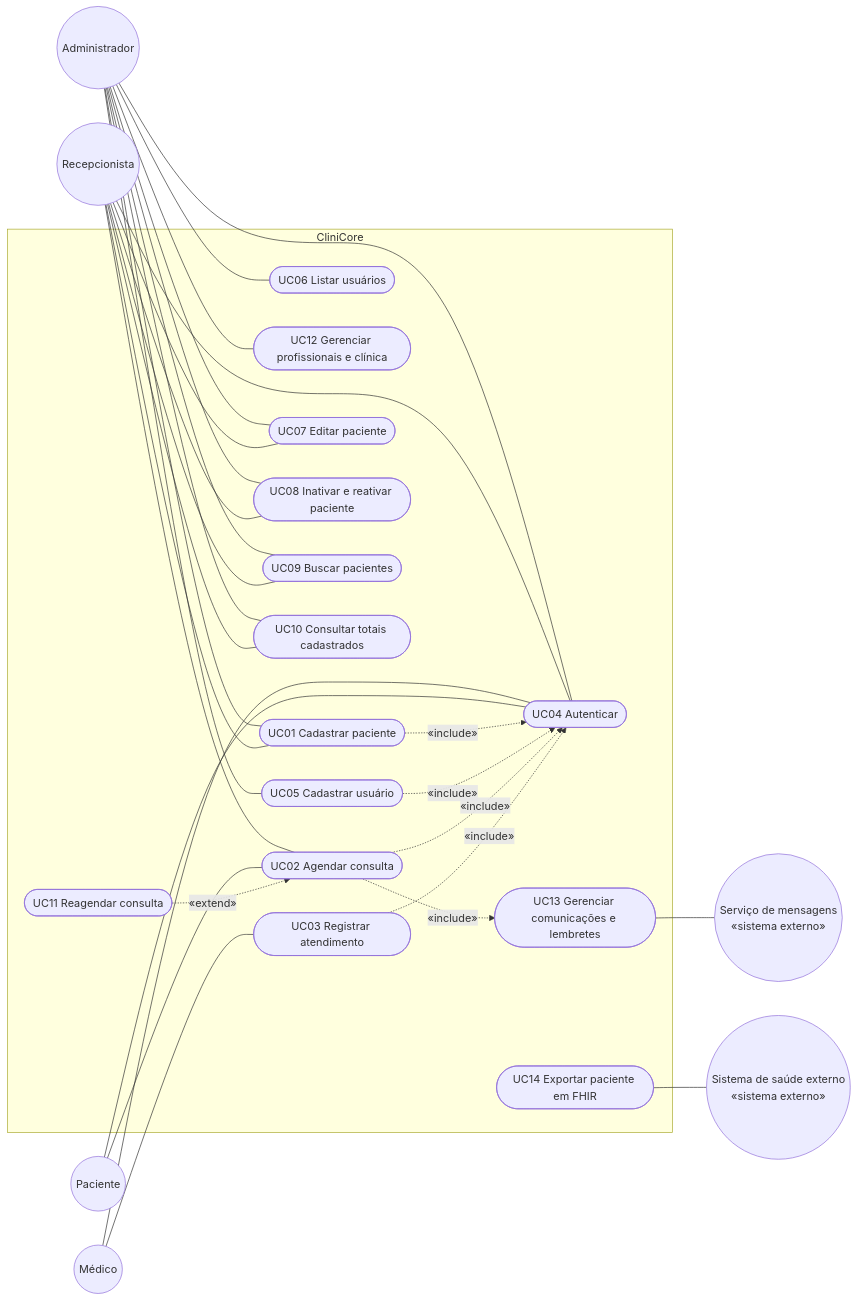
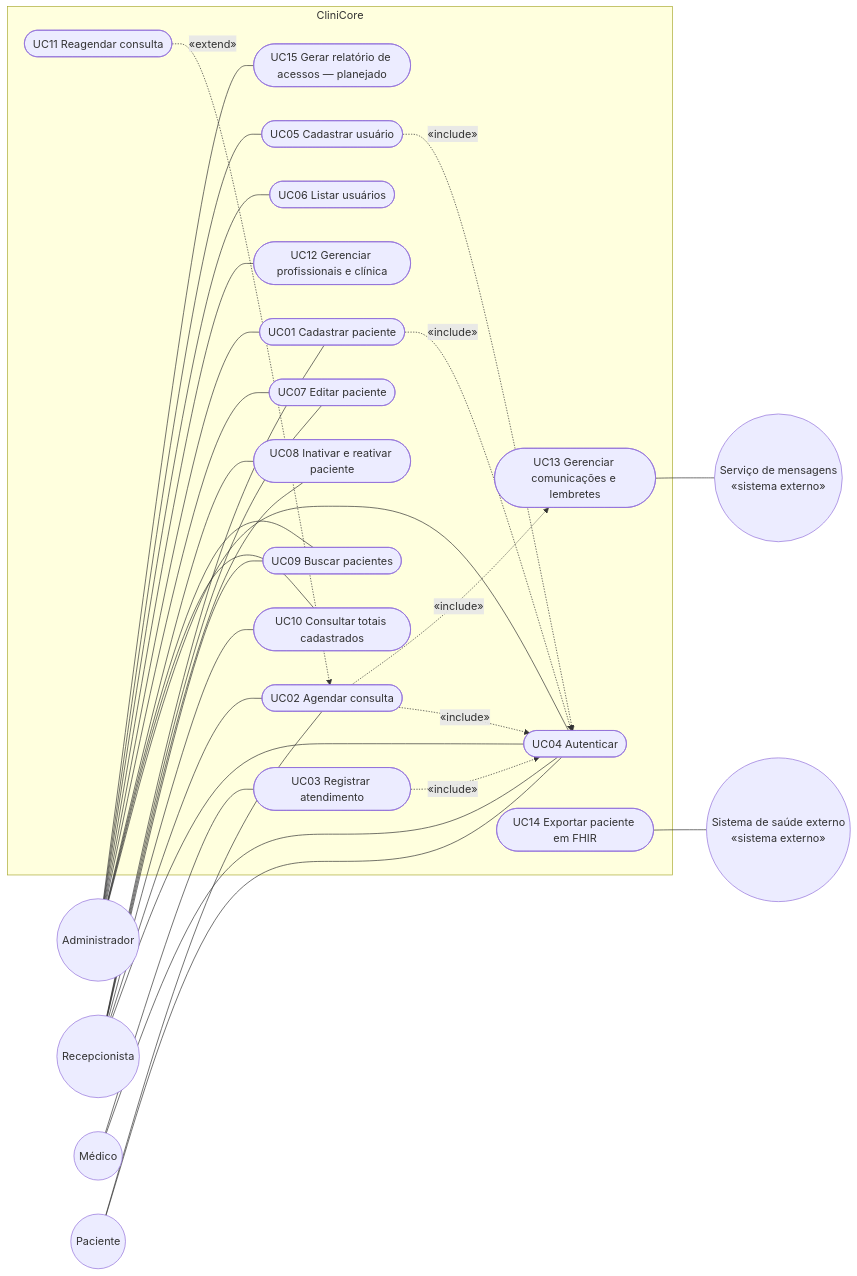
The diagram in docs/04-casos-de-uso/README.md (beatrizmontenegro07/projeto-metodos), drawn with Mermaid before and after one commit. The commit also changed other lines of this file and 7 other files, not shown here.

Commit message:
docs(auth): document persistent access tracking and update diagrams

````diff
--- a/docs/04-casos-de-uso/README.md
+++ b/docs/04-casos-de-uso/README.md
@@ -10,55 +10,57 @@
 ```mermaid
 flowchart LR
     Administrador(("Administrador"))
     Recepcionista(("Recepcionista"))
     Medico(("Médico"))
     Paciente(("Paciente"))
     Mensagens(("Serviço de mensagens<br/>«sistema externo»"))
     SistemaExterno(("Sistema de saúde externo<br/>«sistema externo»"))
 
     subgraph CliniCore
         UC04(["UC04 Autenticar"])
         UC05(["UC05 Cadastrar usuário"])
         UC06(["UC06 Listar usuários"])
         UC12(["UC12 Gerenciar profissionais e clínica"])
         UC01(["UC01 Cadastrar paciente"])
         UC07(["UC07 Editar paciente"])
         UC08(["UC08 Inativar e reativar paciente"])
         UC09(["UC09 Buscar pacientes"])
         UC10(["UC10 Consultar totais cadastrados"])
         UC02(["UC02 Agendar consulta"])
         UC11(["UC11 Reagendar consulta"])
         UC13(["UC13 Gerenciar comunicações e lembretes"])
         UC03(["UC03 Registrar atendimento"])
+        UC15(["UC15 Gerar relatório de acessos — planejado"])
         UC14(["UC14 Exportar paciente em FHIR"])
     end
 
+    Administrador --- UC15
     Administrador --- UC05
     Administrador --- UC06
     Administrador --- UC12
     Administrador --- UC01
     Administrador --- UC07
     Administrador --- UC08
     Administrador --- UC09
     Administrador --- UC10
     Recepcionista --- UC01
     Recepcionista --- UC07
     Recepcionista --- UC08
     Recepcionista --- UC09
     Recepcionista --- UC10
     Recepcionista --- UC02
     Paciente --- UC02
     Medico --- UC03
     Administrador --- UC04
     Recepcionista --- UC04
     Medico --- UC04
     Paciente --- UC04
     UC11 -. "«extend»" .-> UC02
     UC02 -. "«include»" .-> UC13
     UC13 --- Mensagens
     UC14 --- SistemaExterno
     UC01 -. "«include»" .-> UC04
     UC05 -. "«include»" .-> UC04
     UC02 -. "«include»" .-> UC04
     UC03 -. "«include»" .-> UC04
 ```
````
